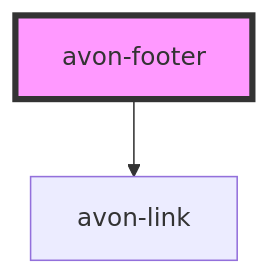
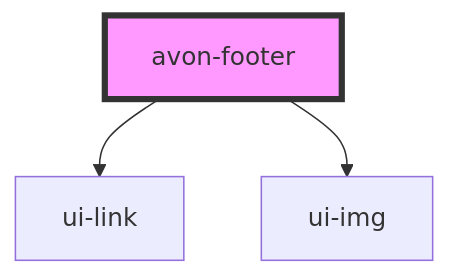
One commit to ankitghanekar-hcl/ui-shared-web-components changed the diagram in src/components/avon-footer/readme.md. Above: the diagram before and after it, drawn with Mermaid. The commit also changed other lines of this file and 33 other files, not shown here.

````diff
--- a/src/components/avon-footer/readme.md
+++ b/src/components/avon-footer/readme.md
@@ -20,5 +21,6 @@
 ```mermaid
 graph TD;
-  avon-footer --> avon-link
+  avon-footer --> ui-link
+  avon-footer --> ui-img
   style avon-footer fill:#f9f,stroke:#333,stroke-width:4px
 ```
````
